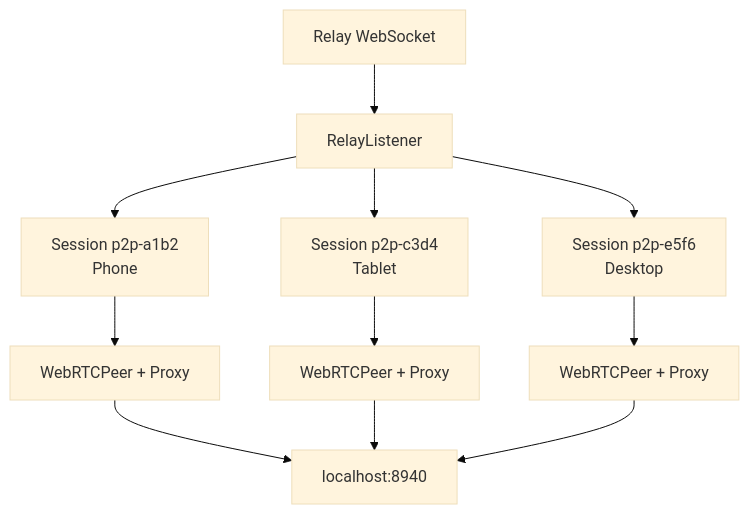
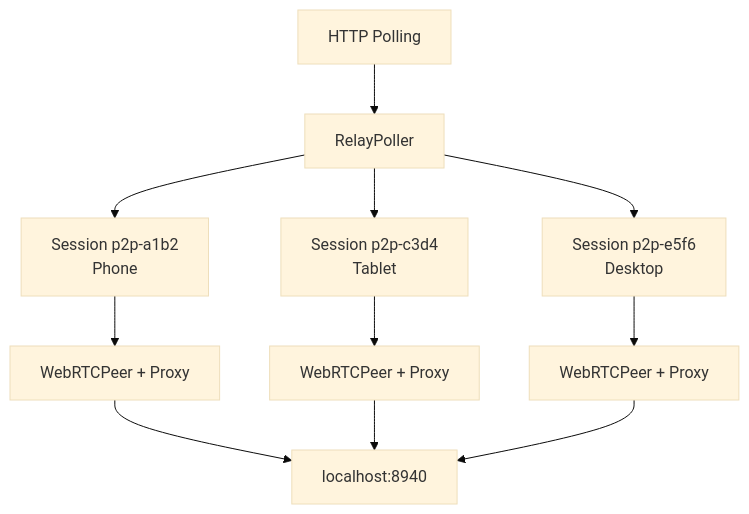
One commit to openhort/openhort changed diagram 15 of 16 in docs/manual/develop/peer2peer.md. Above: the diagram before and after it, drawn with Mermaid (base theme). The commit also changed other lines of this file and 3 other files, not shown here.

````diff
--- a/docs/manual/develop/peer2peer.md
+++ b/docs/manual/develop/peer2peer.md
@@ -760,13 +796,13 @@
 ```mermaid
 flowchart TD
-    RELAY[Relay WebSocket] --> LISTENER[RelayListener]
-    LISTENER --> S1[Session p2p-a1b2<br/>Phone]
-    LISTENER --> S2[Session p2p-c3d4<br/>Tablet]
-    LISTENER --> S3[Session p2p-e5f6<br/>Desktop]
+    POLL[HTTP Polling] --> POLLER[RelayPoller]
+    POLLER --> S1[Session p2p-a1b2<br/>Phone]
+    POLLER --> S2[Session p2p-c3d4<br/>Tablet]
+    POLLER --> S3[Session p2p-e5f6<br/>Desktop]
     S1 --> P1[WebRTCPeer + Proxy]
     S2 --> P2[WebRTCPeer + Proxy]
     S3 --> P3[WebRTCPeer + Proxy]
     P1 --> HORT[localhost:8940]
     P2 --> HORT
     P3 --> HORT
 ```
````
